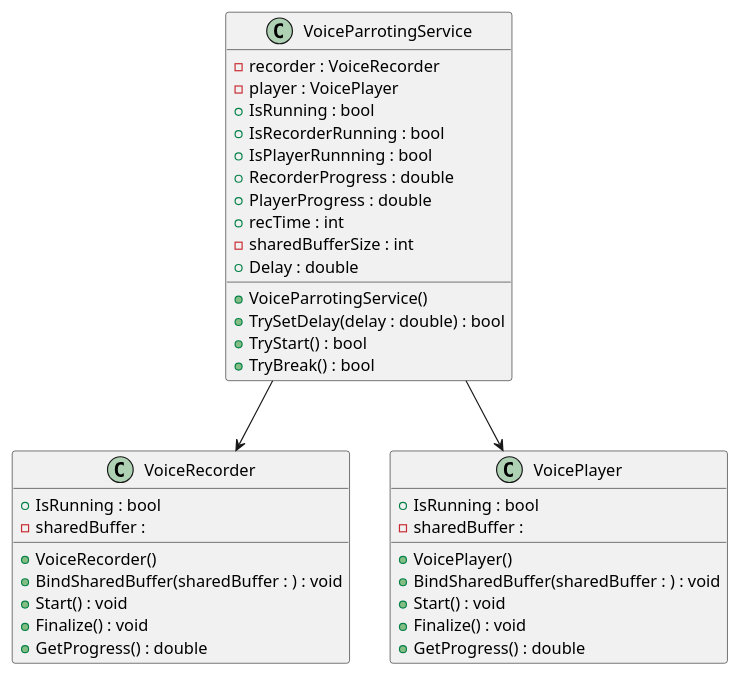
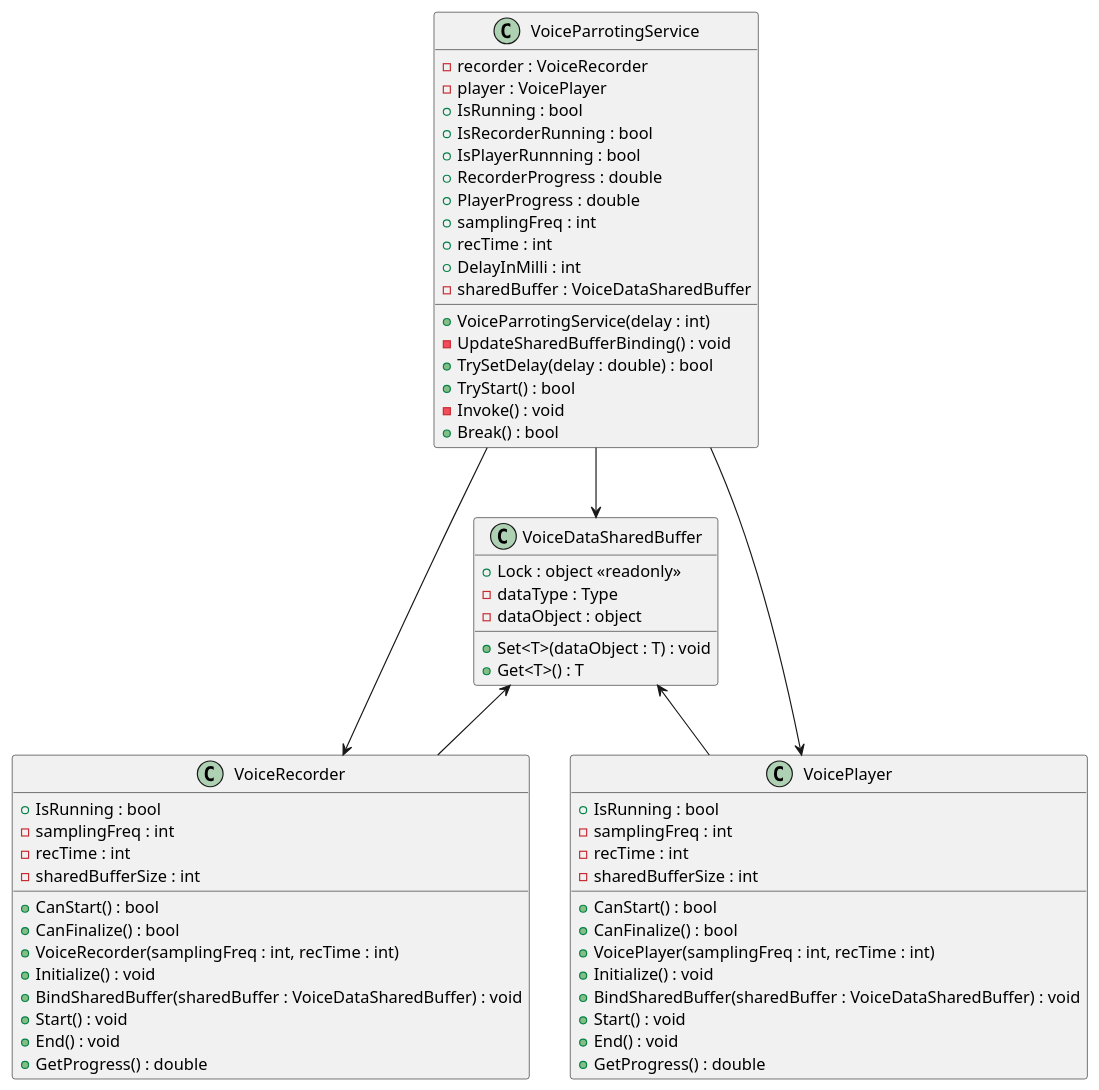
The diagram in uml/VoiceParroting.puml (tatsuya19871219/MauiVoiceParrotingApp), drawn with PlantUML before and after one commit. The commit also changed 4 other files, not shown here.

```diff
--- a/uml/VoiceParroting.puml
+++ b/uml/VoiceParroting.puml
@@ -1,46 +1,70 @@
 @startuml VoiceParroting
 
 class VoiceParrotingService
 {
 - recorder : VoiceRecorder
 - player : VoicePlayer
 + IsRunning : bool
 + IsRecorderRunning : bool
 + IsPlayerRunnning : bool
 + RecorderProgress : double
 + PlayerProgress : double
++ samplingFreq : int
 + recTime : int
-- sharedBufferSize : int
-' - delay : double
-+ Delay : double
-+ VoiceParrotingService()
++ DelayInMilli : int
+- sharedBuffer : VoiceDataSharedBuffer
++ VoiceParrotingService(delay : int)
+- UpdateSharedBufferBinding() : void
 + TrySetDelay(delay : double) : bool
 + TryStart() : bool
-+ TryBreak() : bool
+- Invoke() : void
++ Break() : bool
+}
+
+VoiceParrotingService --> VoiceDataSharedBuffer
+VoiceRecorder -up-> VoiceDataSharedBuffer
+VoicePlayer -up-> VoiceDataSharedBuffer
+class VoiceDataSharedBuffer 
+{
++ Lock : object <<readonly>>
+- dataType : Type
+- dataObject : object
++ Set<T>(dataObject : T) : void
++ Get<T>() : T
 }
 
 VoiceParrotingService --> VoiceRecorder
 VoiceParrotingService --> VoicePlayer
 class VoiceRecorder
 {
 + IsRunning : bool
-- sharedBuffer :
-+ VoiceRecorder()
-+ BindSharedBuffer(sharedBuffer : ) : void
++ CanStart() : bool
++ CanFinalize() : bool
+- samplingFreq : int
+- recTime : int
+- sharedBufferSize : int
++ VoiceRecorder(samplingFreq : int, recTime : int)
++ Initialize() : void
++ BindSharedBuffer(sharedBuffer : VoiceDataSharedBuffer) : void
 + Start() : void
-+ Finalize() : void
++ End() : void
 + GetProgress() : double
 }
 
 class VoicePlayer
 {
 + IsRunning : bool
-- sharedBuffer :
-+ VoicePlayer()
-+ BindSharedBuffer(sharedBuffer : ) : void
++ CanStart() : bool
++ CanFinalize() : bool
+- samplingFreq : int
+- recTime : int
+- sharedBufferSize : int
++ VoicePlayer(samplingFreq : int, recTime : int)
++ Initialize() : void
++ BindSharedBuffer(sharedBuffer : VoiceDataSharedBuffer) : void
 + Start() : void
-+ Finalize() : void
++ End() : void
 + GetProgress() : double
 }
 
 @enduml
```
